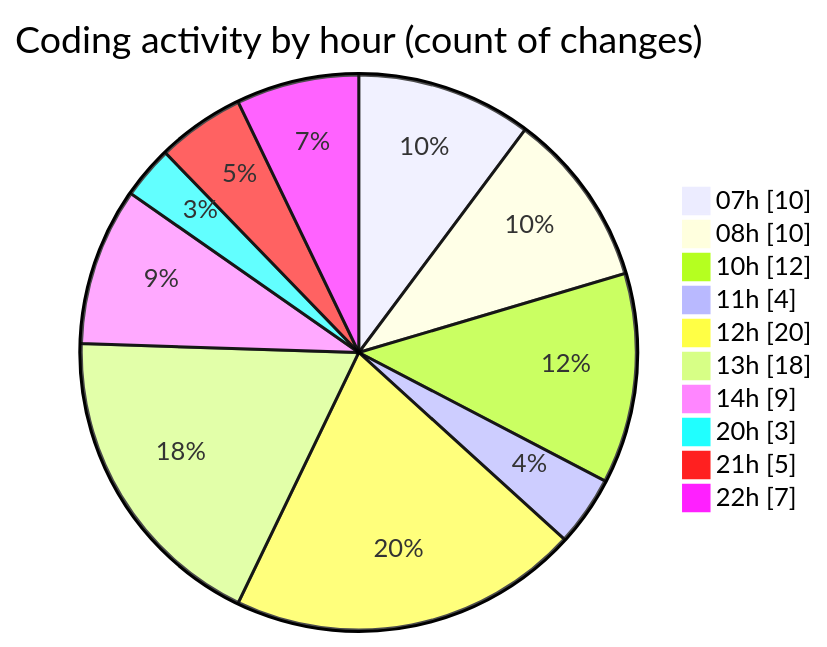
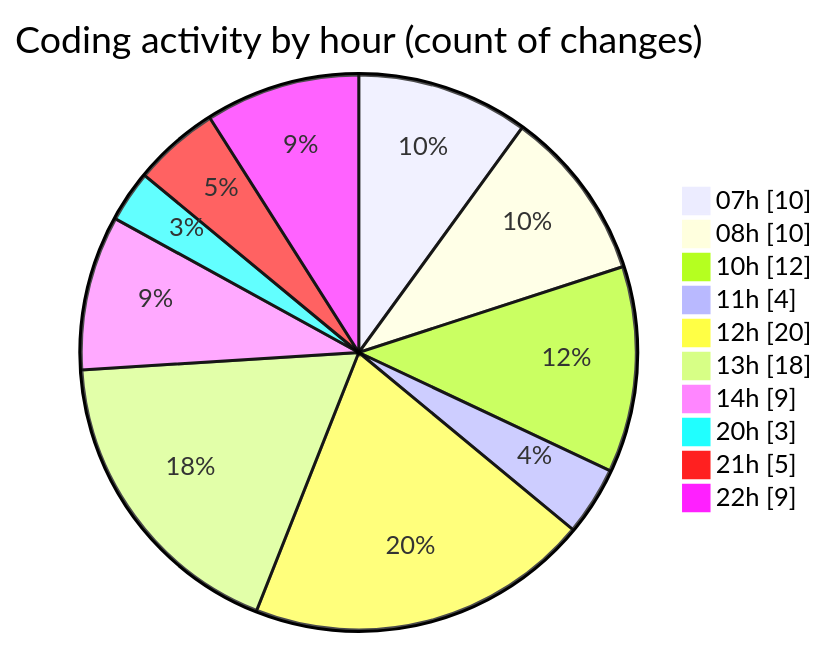
One commit to tmsrecording-cyber/code-tracking changed the second of 2 diagrams in 2026-02-08/singularitybrainai/README.md. Above: the diagram before and after it, drawn with Mermaid. The commit also changed other lines of this file and 1 other file, not shown here.

````diff
--- a/2026-02-08/singularitybrainai/README.md
+++ b/2026-02-08/singularitybrainai/README.md
@@ -47,14 +47,14 @@
 ```mermaid
 pie showData
 title Coding activity by hour (count of changes)
 "07h" : 10
 "08h" : 10
 "10h" : 12
 "11h" : 4
 "12h" : 20
 "13h" : 18
 "14h" : 9
 "20h" : 3
 "21h" : 5
-"22h" : 7
+"22h" : 9
 ```
````
